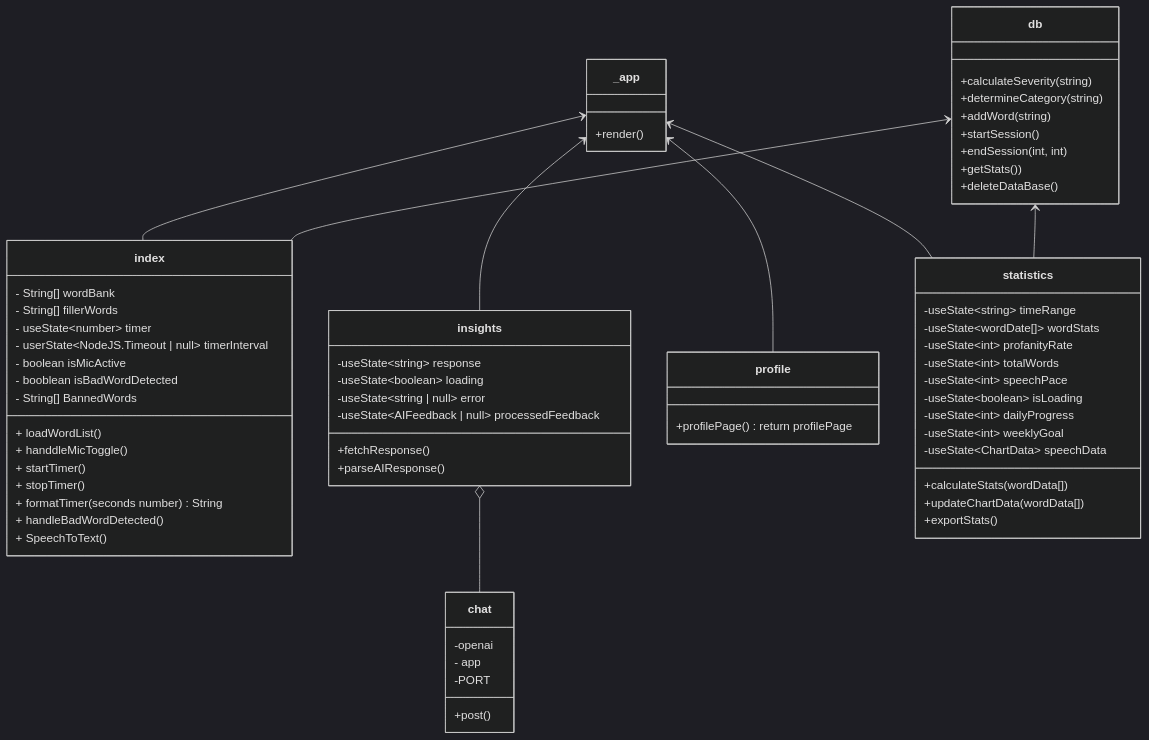
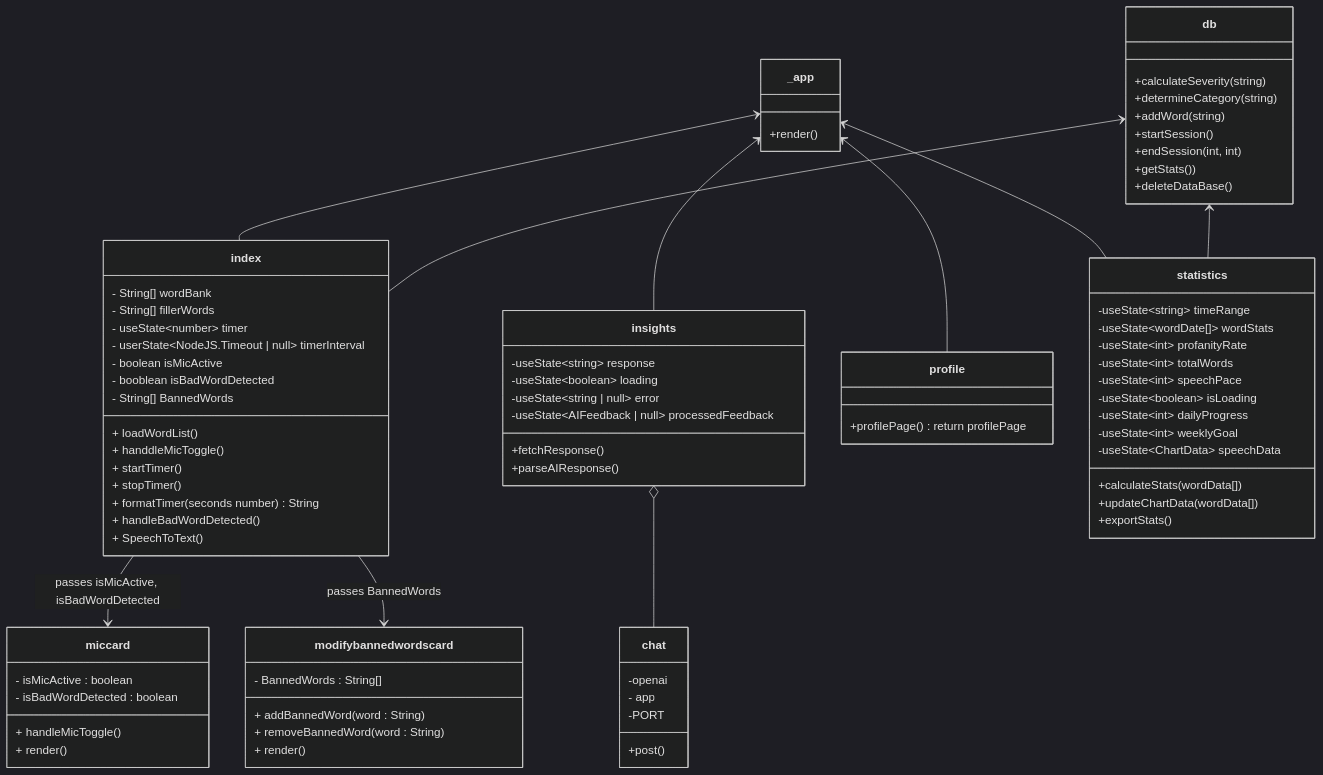
Before and after one commit to cis3296f24/cis3296f24-classroom-applebaum-final-projects-tu-cis-4398-docs-template: the fifth of 5 diagrams in README.md, drawn with Mermaid (dark theme). The commit also changed other lines of this file, not shown here.

````diff
--- a/README.md
+++ b/README.md
@@ -244,6 +244,6 @@
 ```mermaid
 classDiagram
-    class _app
+       class _app
     _app : +render()
 
     class index
@@ -263,6 +263,21 @@
     index : + handleBadWordDetected()
     index : + SpeechToText()
 
+
+    class miccard {
+        - isMicActive : boolean
+        - isBadWordDetected : boolean
+        + handleMicToggle()
+        + render()
+    }
+
+    class modifybannedwordscard {
+        - BannedWords : String[]
+        + addBannedWord(word : String)
+        + removeBannedWord(word : String)
+        + render()
+    }
+
     class insights
     insights: -useState~string~ response
     insights: -useState~boolean~ loading
@@ -275,7 +290,6 @@
     class profile
     profile: +profilePage() return profilePage
 
-    
     class chat
     chat : -openai
     chat : - app
@@ -306,11 +320,14 @@
     db: +getStats ())
     db: +deleteDataBase ()
 
-    _app <-- index
+
+   _app <-- index
     _app <-- insights
     _app <-- profile
     _app <-- statistics
     insights o-- chat
     db <-- index
     db <-- statistics
+    index --> miccard : passes isMicActive, isBadWordDetected
+    index --> modifybannedwordscard : passes BannedWords
 ```
````
